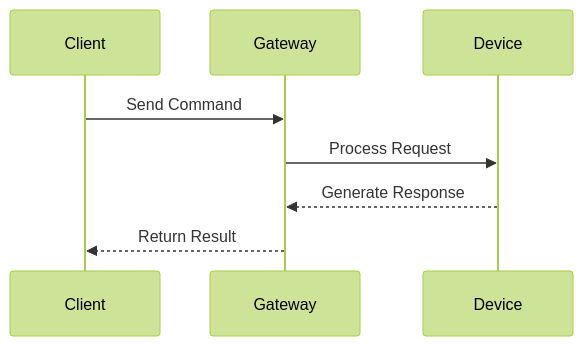
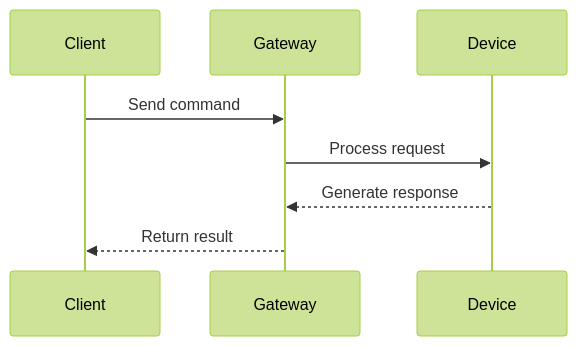
One commit to paulocfmarques-collab/esp32_wifi changed the fourth of 5 diagrams in README.md. Above: the diagram before and after it, drawn with Mermaid (forest theme). The commit also changed other lines of this file, not shown here.

Commit message:
Refine the README with a more premium and polished structure while preserving the project details and architecture information.

````diff
--- a/README.md
+++ b/README.md
@@ -141,15 +141,11 @@
 ```mermaid
 sequenceDiagram
-
     participant Client
     participant Gateway
     participant Device
 
-    Client->>Gateway: Send Command
-
-    Gateway->>Device: Process Request
-
-    Device-->>Gateway: Generate Response
-
-    Gateway-->>Client: Return Result
+    Client->>Gateway: Send command
+    Gateway->>Device: Process request
+    Device-->>Gateway: Generate response
+    Gateway-->>Client: Return result
 ```
````
